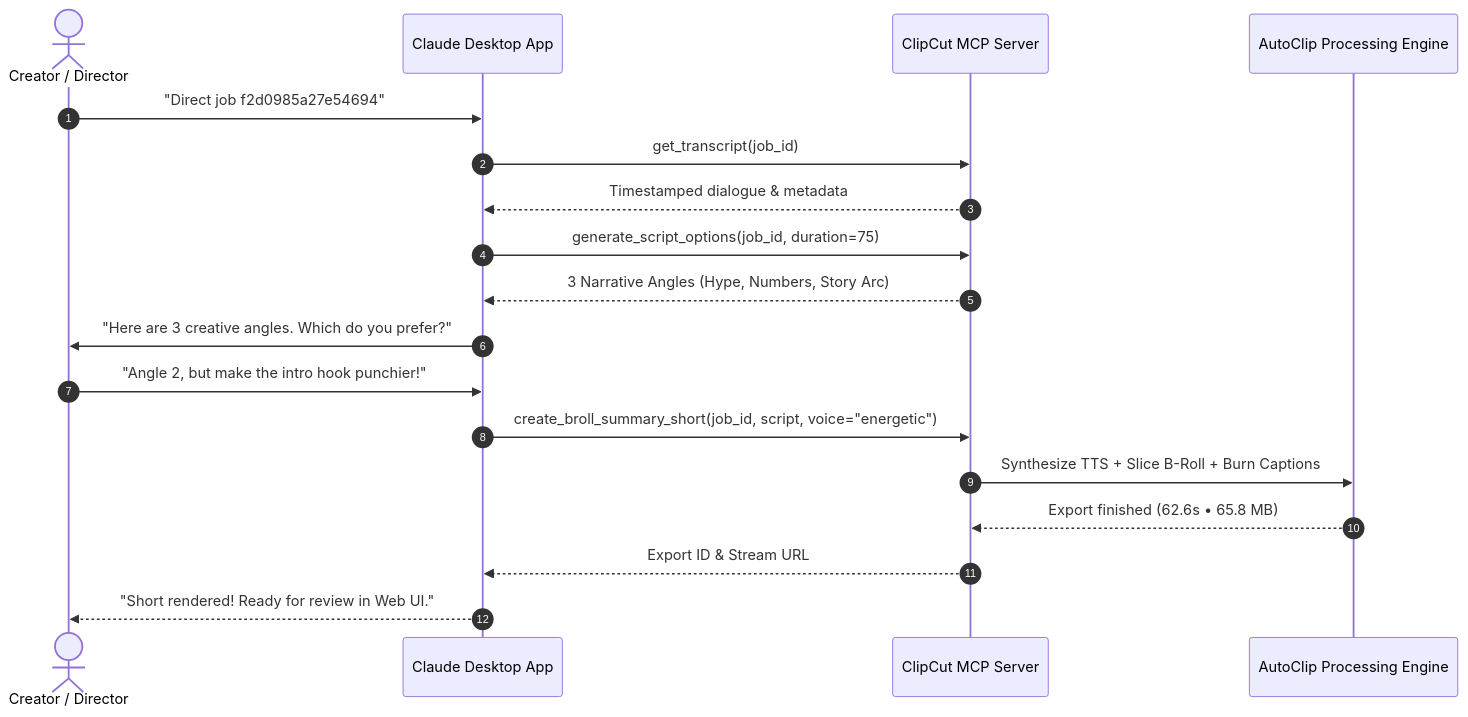
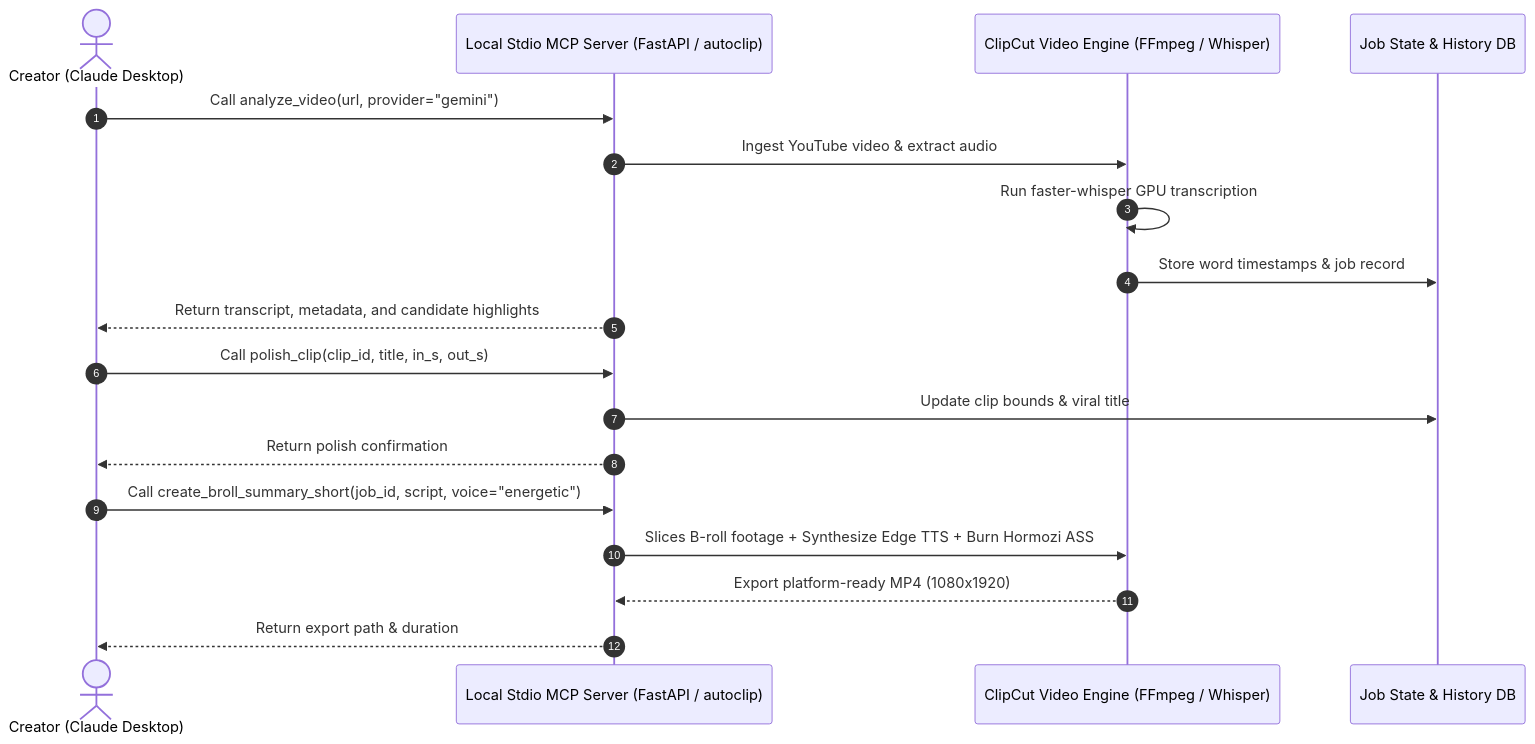
Before and after one commit to AradwadTushar/ClipCut-AI: the second of 2 diagrams in README.md, drawn with Mermaid. The commit also changed other lines of this file and 15 other files, not shown here.

````diff
--- a/README.md
+++ b/README.md
@@ -110,21 +110,23 @@
 ```mermaid
 sequenceDiagram
     autonumber
-    actor User as Creator / Director
-    participant Claude as Claude Desktop App
-    participant MCP as ClipCut MCP Server
-    participant Engine as AutoClip Processing Engine
+    actor Creator as Creator (Claude Desktop)
+    participant MCP as Local Stdio MCP Server (FastAPI / autoclip)
+    participant Pipeline as ClipCut Video Engine (FFmpeg / Whisper)
+    participant SQLite as Job State & History DB
 
-    User->>Claude: "Direct job f2d0985a27e54694"
-    Claude->>MCP: get_transcript(job_id)
-    MCP-->>Claude: Timestamped dialogue & metadata
-    Claude->>MCP: generate_script_options(job_id, duration=75)
-    MCP-->>Claude: 3 Narrative Angles (Hype, Numbers, Story Arc)
-    Claude->>User: "Here are 3 creative angles. Which do you prefer?"
-    User->>Claude: "Angle 2, but make the intro hook punchier!"
-    Claude->>MCP: create_broll_summary_short(job_id, script, voice="energetic")
-    MCP->>Engine: Synthesize TTS + Slice B-Roll + Burn Captions
-    Engine-->>MCP: Export finished (62.6s • 65.8 MB)
-    MCP-->>Claude: Export ID & Stream URL
-    Claude-->>User: "Short rendered! Ready for review in Web UI."
+    Creator->>MCP: Call analyze_video(url, provider="gemini")
+    MCP->>Pipeline: Ingest YouTube video & extract audio
+    Pipeline->>Pipeline: Run faster-whisper GPU transcription
+    Pipeline->>SQLite: Store word timestamps & job record
+    MCP-->>Creator: Return transcript, metadata, and candidate highlights
+
+    Creator->>MCP: Call polish_clip(clip_id, title, in_s, out_s)
+    MCP->>SQLite: Update clip bounds & viral title
+    MCP-->>Creator: Return polish confirmation
+
+    Creator->>MCP: Call create_broll_summary_short(job_id, script, voice="energetic")
+    MCP->>Pipeline: Slices B-roll footage + Synthesize Edge TTS + Burn Hormozi ASS
+    Pipeline-->>MCP: Export platform-ready MP4 (1080x1920)
+    MCP-->>Creator: Return export path & duration
 ```
````
